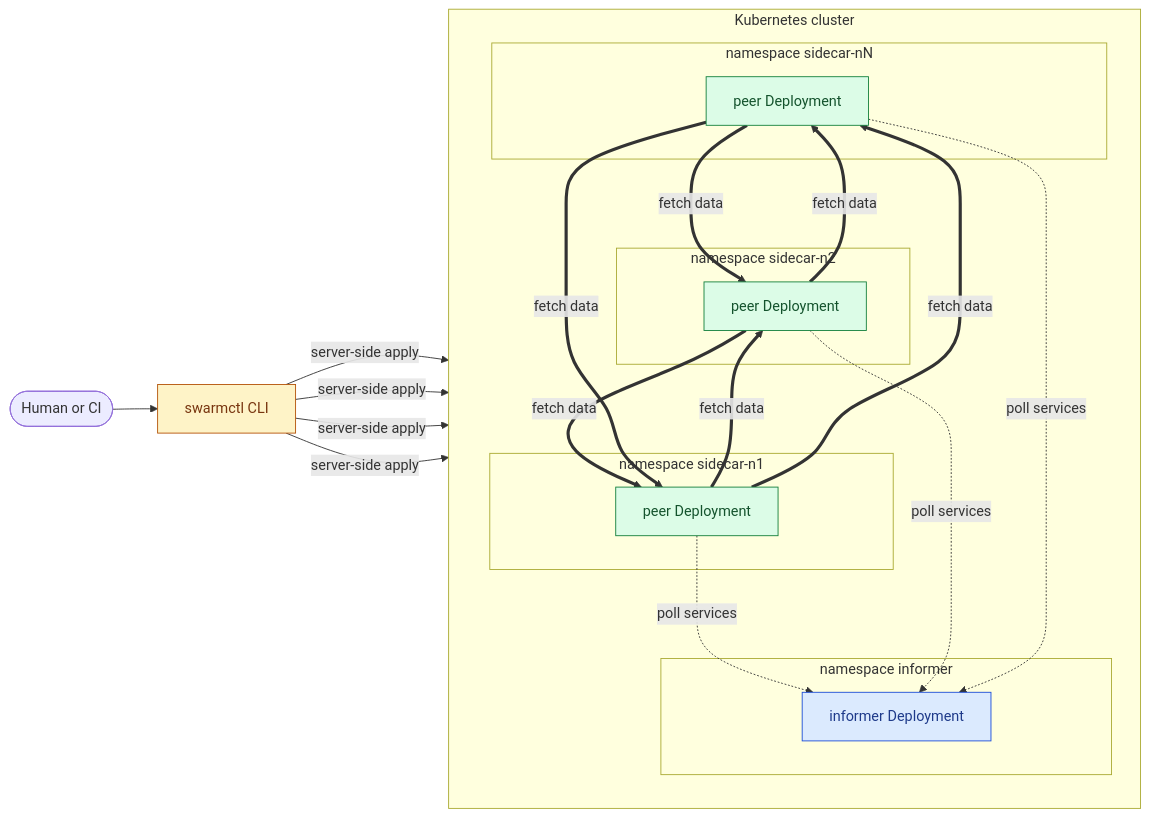
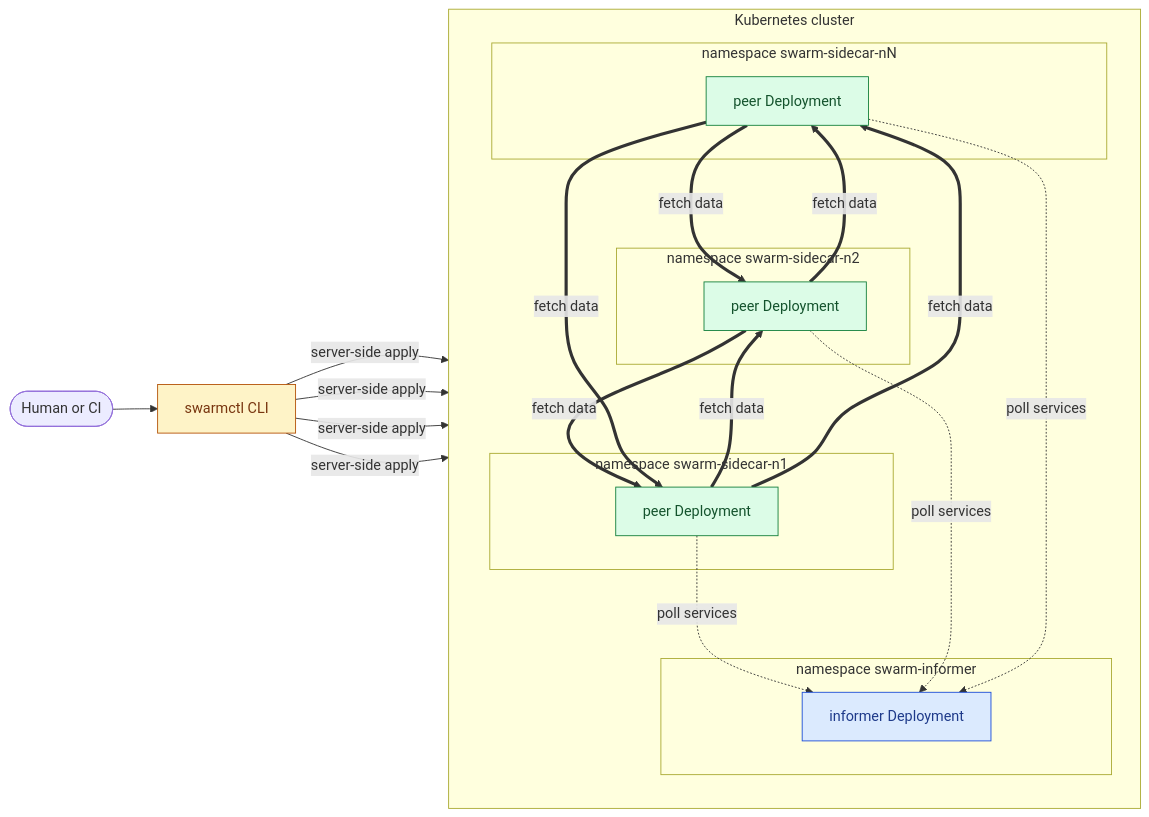
One commit to h0tbird/k-swarm changed the first of 6 diagrams in docs/architecture.md. Above: the diagram before and after it, drawn with Mermaid. The commit also changed other lines of this file, not shown here.

````diff
--- a/docs/architecture.md
+++ b/docs/architecture.md
@@ -37,45 +37,45 @@
 ```mermaid
 flowchart LR
     Operator([Human or CI])
     SC[swarmctl CLI]
 
     subgraph Cluster[Kubernetes cluster]
         direction TB
-        subgraph NSI[namespace informer]
+        subgraph NSI[namespace swarm-informer]
             Inf[informer Deployment]
         end
-        subgraph NS1[namespace sidecar-n1]
+        subgraph NS1[namespace swarm-sidecar-n1]
             W1[peer Deployment]
         end
-        subgraph NS2[namespace sidecar-n2]
+        subgraph NS2[namespace swarm-sidecar-n2]
             W2[peer Deployment]
         end
-        subgraph NSN[namespace sidecar-nN]
+        subgraph NSN[namespace swarm-sidecar-nN]
             WN[peer Deployment]
         end
     end
 
     Operator --> SC
     SC -->|server-side apply| Inf
     SC -->|server-side apply| W1
     SC -->|server-side apply| W2
     SC -->|server-side apply| WN
 
     W1 -.->|poll services| Inf
     W2 -.->|poll services| Inf
     WN -.->|poll services| Inf
 
     W1 ==>|fetch data| W2
     W2 ==>|fetch data| W1
     W2 ==>|fetch data| WN
     WN ==>|fetch data| W2
     W1 ==>|fetch data| WN
     WN ==>|fetch data| W1
 
     classDef informer fill:#dbeafe,stroke:#1d4ed8,color:#1e3a8a;
     classDef worker fill:#dcfce7,stroke:#15803d,color:#14532d;
     classDef tool fill:#fef3c7,stroke:#b45309,color:#78350f;
     class Inf informer;
     class W1,W2,WN worker;
     class SC tool;
 ```
````
